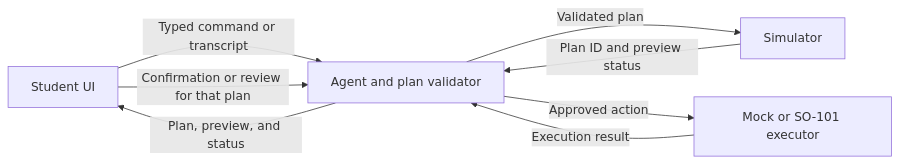
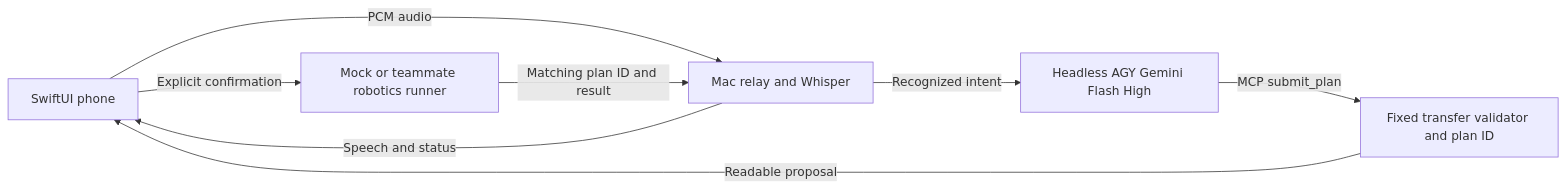
The diagram in docs/ARCHITECTURE.md (VictorJimenez3/OpenArms), drawn with Mermaid before and after one commit. The commit also changed other lines of this file and 42 other files, not shown here.

Commit message:
Enable intent-based phone transfers with recorded audio and runner handoff

````diff
--- a/docs/ARCHITECTURE.md
+++ b/docs/ARCHITECTURE.md
@@ -7,10 +5,10 @@
 ```mermaid
 flowchart LR
-    UI["Student UI"] -->|Typed command or transcript| Agent["Agent and plan validator"]
-    Agent -->|Validated plan| Sim["Simulator"]
-    Sim -->|Plan ID and preview status| Agent
-    Agent -->|Plan, preview, and status| UI
-    UI -->|Confirmation or review for that plan| Agent
-    Agent -->|Approved action| Runner["Mock or SO-101 executor"]
-    Runner -->|Execution result| Agent
+    Phone[SwiftUI phone] -->|PCM audio| Relay[Mac relay and Whisper]
+    Relay -->|Recognized intent| AGY[Headless AGY Gemini Flash High]
+    AGY -->|MCP submit_plan| Plan[Fixed transfer validator and plan ID]
+    Plan -->|Readable proposal| Phone
+    Phone -->|Explicit confirmation| Runner[Mock or teammate robotics runner]
+    Runner -->|Matching plan ID and result| Relay
+    Relay -->|Speech and status| Phone
 ```
````
